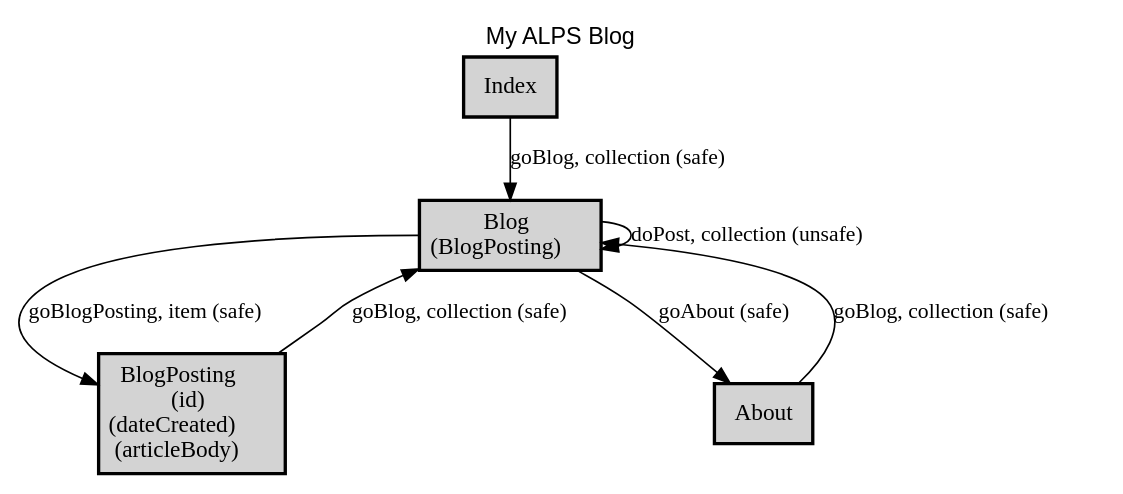
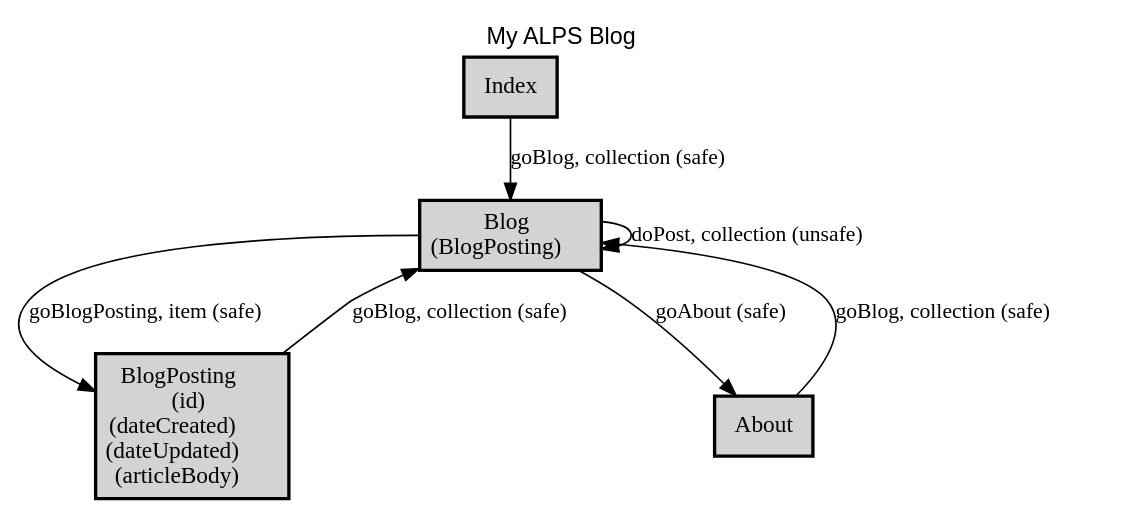
The diagram in profile.dot (poemn/my-first-alps), drawn with Graphviz before and after one commit. The commit also changed 3 other files, not shown here.

```diff
--- a/profile.dot
+++ b/profile.dot
@@ -1,23 +1,23 @@
 digraph application_state_diagram {
   graph [
     labelloc="t";
     fontname="Helvetica"
     label="My ALPS Blog";
     URL="index.html" target="_parent"
   ];
   node [shape = box, style = "bold,filled" fillcolor="lightgray"];
 
     Blog [margin=0.02, label=<<table cellspacing="0" cellpadding="5" border="0"><tr><td>Blog<br />(BlogPosting)<br /></td></tr></table>>,shape=box URL="docs/semantic.Blog.html" target="_parent"]
-    BlogPosting [margin=0.02, label=<<table cellspacing="0" cellpadding="5" border="0"><tr><td>BlogPosting<br />(id)<br />(dateCreated)<br />(articleBody)<br /></td></tr></table>>,shape=box URL="docs/semantic.BlogPosting.html" target="_parent"]
+    BlogPosting [margin=0.02, label=<<table cellspacing="0" cellpadding="5" border="0"><tr><td>BlogPosting<br />(id)<br />(dateCreated)<br />(dateUpdated)<br />(articleBody)<br /></td></tr></table>>,shape=box URL="docs/semantic.BlogPosting.html" target="_parent"]
 
     About -> Blog [label = <goBlog, collection (safe)> URL="docs/safe.goBlog.html" target="_parent" fontsize=13];
     Blog -> About [label = <goAbout (safe)> URL="docs/safe.goAbout.html" target="_parent" fontsize=13];
     Blog -> Blog [label = <doPost, collection (unsafe)> URL="docs/unsafe.doPost.html" target="_parent" fontsize=13];
     Blog -> BlogPosting [label = <goBlogPosting, item (safe)> URL="docs/safe.goBlogPosting.html" target="_parent" fontsize=13];
     BlogPosting -> Blog [label = <goBlog, collection (safe)> URL="docs/safe.goBlog.html" target="_parent" fontsize=13];
     Index -> Blog [label = <goBlog, collection (safe)> URL="docs/safe.goBlog.html" target="_parent" fontsize=13];
 
     About [label = <About> URL="docs/semantic.About.html" target="_parent"]
     Index [label = <Index> URL="docs/semantic.Index.html" target="_parent"]
 
 }
```
